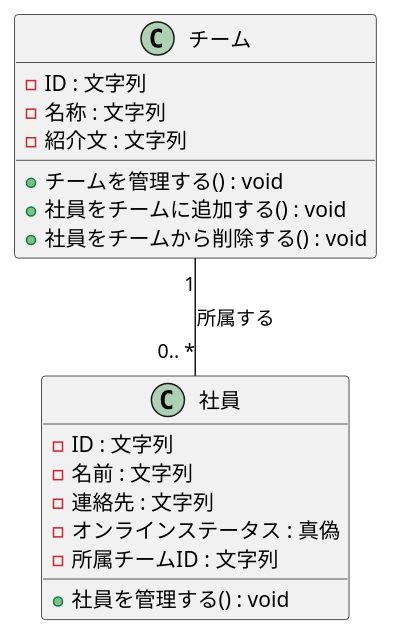
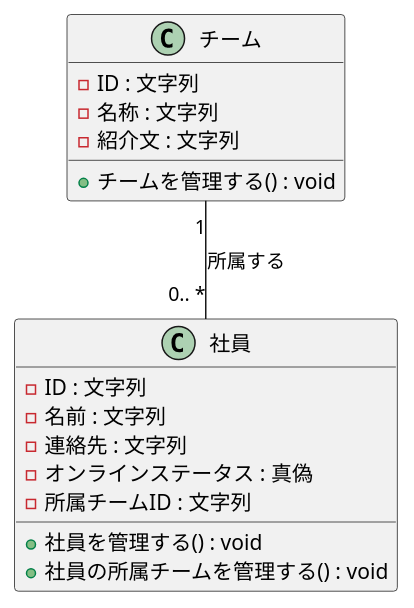
Before and after one commit to zakzakst/object-oriented-practice: the third of 7 diagrams in 02_member-list-app/3_実装用の図.md, drawn with PlantUML. The commit also changed other lines of this file, not shown here.

Commit message:
練習2：社員名簿アプリ（実装用の図追加）

````diff
--- a/02_member-list-app/3_実装用の図.md
+++ b/02_member-list-app/3_実装用の図.md
@@ -53,21 +55,20 @@
 ```puml
 @startuml
 class チーム {
   - ID : 文字列
   - 名称 : 文字列
   - 紹介文 : 文字列
   + チームを管理する() : void
-  + 社員をチームに追加する() : void
-  + 社員をチームから削除する() : void
 }
 class 社員 {
   - ID : 文字列
   - 名前 : 文字列
   - 連絡先 : 文字列
   - オンラインステータス : 真偽
   - 所属チームID : 文字列
   + 社員を管理する() : void
+  + 社員の所属チームを管理する() : void
 }
 チーム "1" -- "0.. *" 社員 : 所属する
 @enduml
 ```
````
